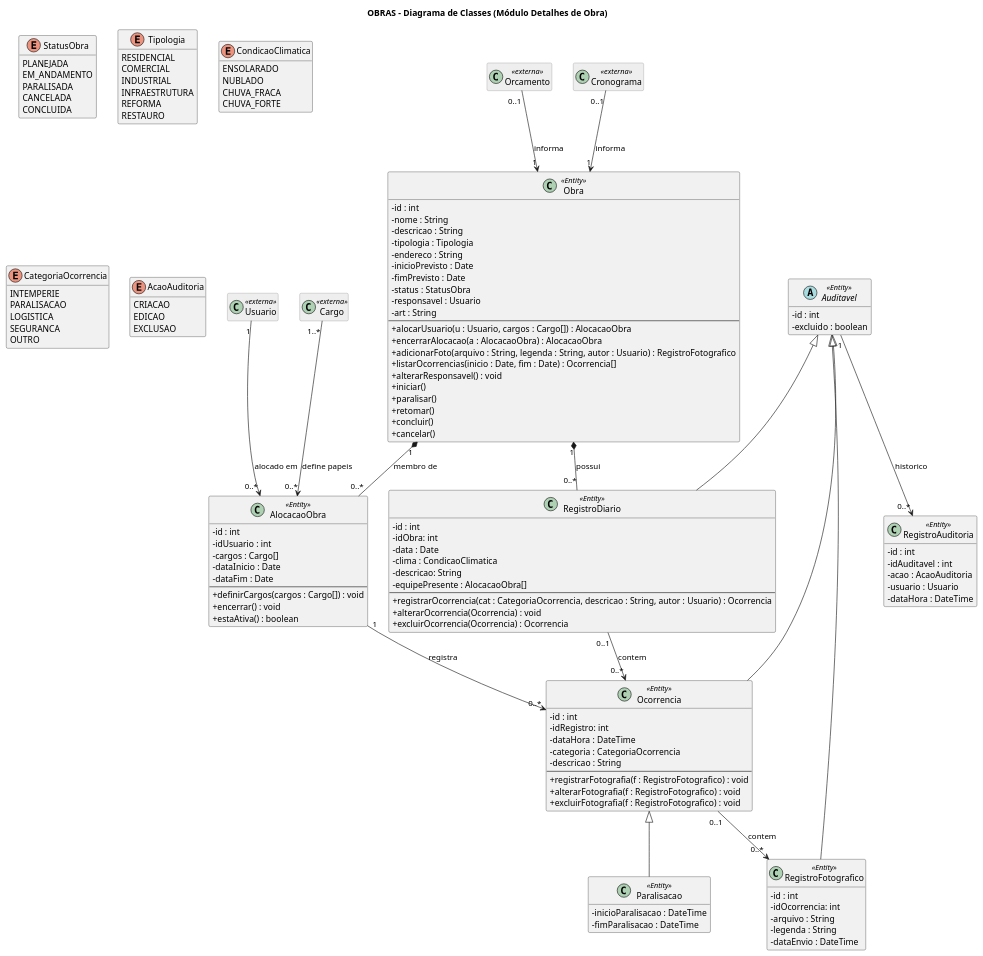
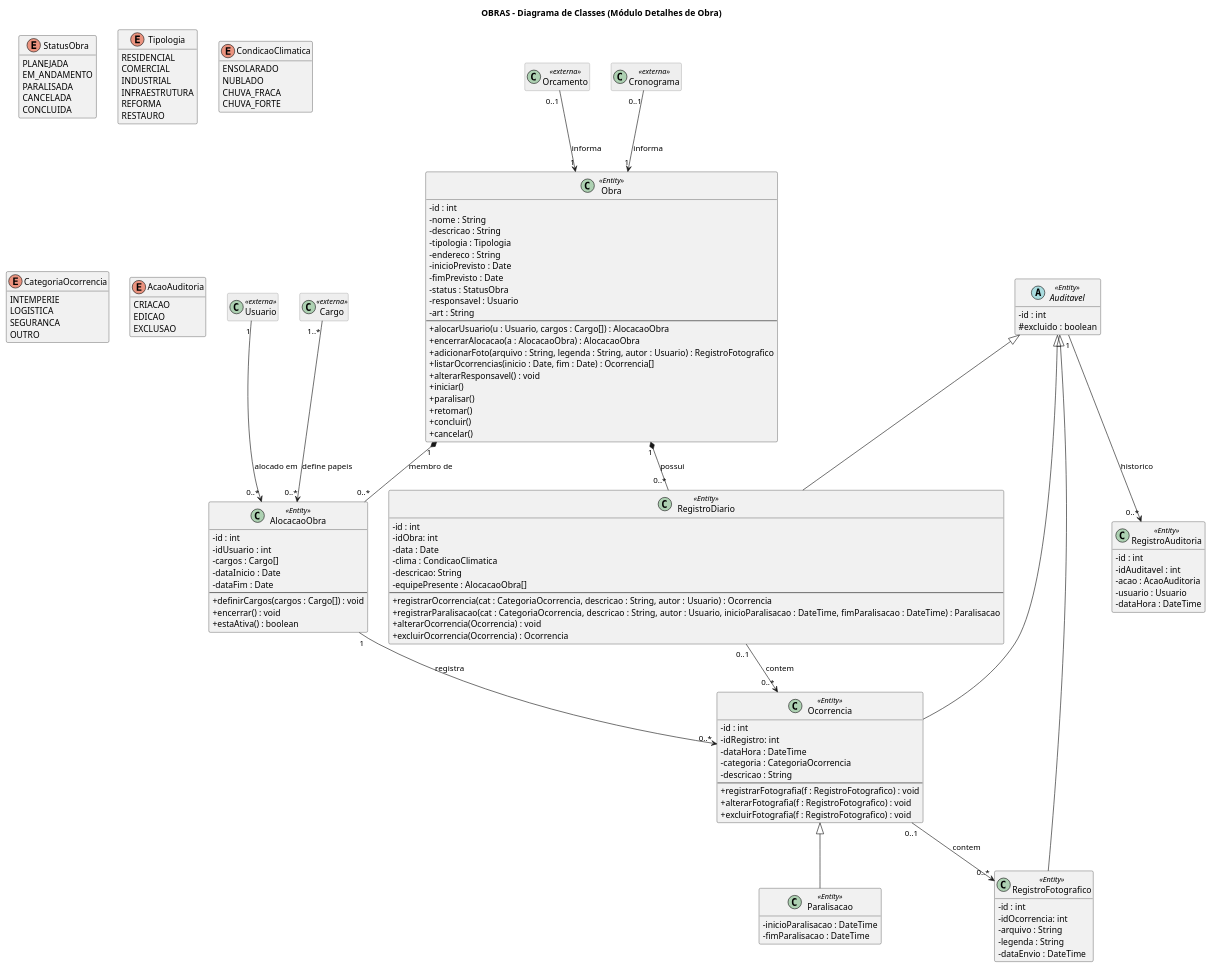
One commit to bernardoanobrega/oBRAS changed the diagram in Diagramas de classe/Modulo Painel de Obra/project-class-diagram.puml. Above: the diagram before and after it, drawn with PlantUML. The commit also changed 1 other file, not shown here.

```diff
--- a/Diagramas de classe/Modulo Painel de Obra/project-class-diagram.puml
+++ b/Diagramas de classe/Modulo Painel de Obra/project-class-diagram.puml
@@ -1,159 +1,159 @@
 @startuml class-diagram
 title OBRAS - Diagrama de Classes (Módulo Detalhes de Obra)
 
 skinparam classAttributeIconSize 0
 skinparam ClassFontSize 14
 skinparam classBackgroundColor<<externa>> #EEEEEE
 skinparam classBorderColor<<externa>> #888888
 hide empty members
 
 ' ===== CLASSES EXTERNAS =====
 class Usuario <<externa>>
 class Cargo <<externa>>
 class Orcamento <<externa>>
 class Cronograma <<externa>>
 
 ' ===== NÚCLEO =====
 class Obra <<Entity>> {
   -id : int
   -nome : String
   -descricao : String
   -tipologia : Tipologia
   -endereco : String
   -inicioPrevisto : Date
   -fimPrevisto : Date
   -status : StatusObra
   -responsavel : Usuario
   -art : String
   --
   +alocarUsuario(u : Usuario, cargos : Cargo[]) : AlocacaoObra
   +encerrarAlocacao(a : AlocacaoObra) : AlocacaoObra
   +adicionarFoto(arquivo : String, legenda : String, autor : Usuario) : RegistroFotografico
   +listarOcorrencias(inicio : Date, fim : Date) : Ocorrencia[]
   +alterarResponsavel() : void
   +iniciar()
   +paralisar()
   +retomar()
   +concluir()
   +cancelar()
 }
 
 class AlocacaoObra <<Entity>> {
   -id : int
   -idUsuario : int
   -cargos : Cargo[]
   -dataInicio : Date
   -dataFim : Date
   --
   +definirCargos(cargos : Cargo[]) : void
   +encerrar() : void
   +estaAtiva() : boolean
 }
 
 abstract class Auditavel <<Entity>> {
   -id : int
-  -excluido : boolean
+  #excluido : boolean
 }
 
 class RegistroDiario <<Entity>> {
   -id : int
   -idObra: int
   -data : Date
   -clima : CondicaoClimatica
   -descricao: String
   -equipePresente : AlocacaoObra[]
   --
   +registrarOcorrencia(cat : CategoriaOcorrencia, descricao : String, autor : Usuario) : Ocorrencia
+  +registrarParalisacao(cat : CategoriaOcorrencia, descricao : String, autor : Usuario, inicioParalisacao : DateTime, fimParalisacao : DateTime) : Paralisacao
   +alterarOcorrencia(Ocorrencia) : void
   +excluirOcorrencia(Ocorrencia) : Ocorrencia
 }
 
 class Ocorrencia <<Entity>> {
   -id : int
   -idRegistro: int
   -dataHora : DateTime
   -categoria : CategoriaOcorrencia
   -descricao : String
   --
   +registrarFotografia(f : RegistroFotografico) : void
   +alterarFotografia(f : RegistroFotografico) : void
   +excluirFotografia(f : RegistroFotografico) : void
 }
 
 class Paralisacao <<Entity>> {
   -inicioParalisacao : DateTime
   -fimParalisacao : DateTime
 }
 
 class RegistroAuditoria <<Entity>> {
   -id : int
   -idAuditavel : int
   -acao : AcaoAuditoria
   -usuario : Usuario
   -dataHora : DateTime
 }
 
 class RegistroFotografico <<Entity>> {
   -id : int
   -idOcorrencia: int
   -arquivo : String
   -legenda : String
   -dataEnvio : DateTime
 }
 
 ' ===== ENUMERAÇÕES =====
 enum StatusObra {
   PLANEJADA
   EM_ANDAMENTO
   PARALISADA
   CANCELADA
   CONCLUIDA
 }
 
 enum Tipologia {
   RESIDENCIAL
   COMERCIAL
   INDUSTRIAL
   INFRAESTRUTURA
   REFORMA
   RESTAURO
 }
 
 enum CondicaoClimatica {
   ENSOLARADO
   NUBLADO
   CHUVA_FRACA
   CHUVA_FORTE
 }
 
 enum CategoriaOcorrencia {
   INTEMPERIE
-  PARALISACAO
   LOGISTICA
   SEGURANCA
   OUTRO
 }
 
 enum AcaoAuditoria {
   CRIACAO
   EDICAO
   EXCLUSAO
 }
 
 ' ===== RELAÇÕES =====
 RegistroDiario "0..1" --> "0..*" Ocorrencia : contem
 Ocorrencia "0..1" --> "0..*" RegistroFotografico : contem
 AlocacaoObra "1" --> "0..*" Ocorrencia : registra
 Usuario "1" --> "0..*" AlocacaoObra : alocado em
 Cargo "1..*" --> "0..*" AlocacaoObra : define papeis
 Obra "1" *-- "0..*" AlocacaoObra : membro de
 Orcamento "0..1" --> "1" Obra : informa
 Cronograma "0..1" --> "1" Obra : informa
 Obra "1" *-- "0..*" RegistroDiario : possui
 Auditavel "1" --> "0..*" RegistroAuditoria : historico
 Auditavel <|-- Ocorrencia
 Auditavel <|-- RegistroDiario
 Auditavel <|-- RegistroFotografico
 Ocorrencia <|-- Paralisacao
 
 @enduml
```
